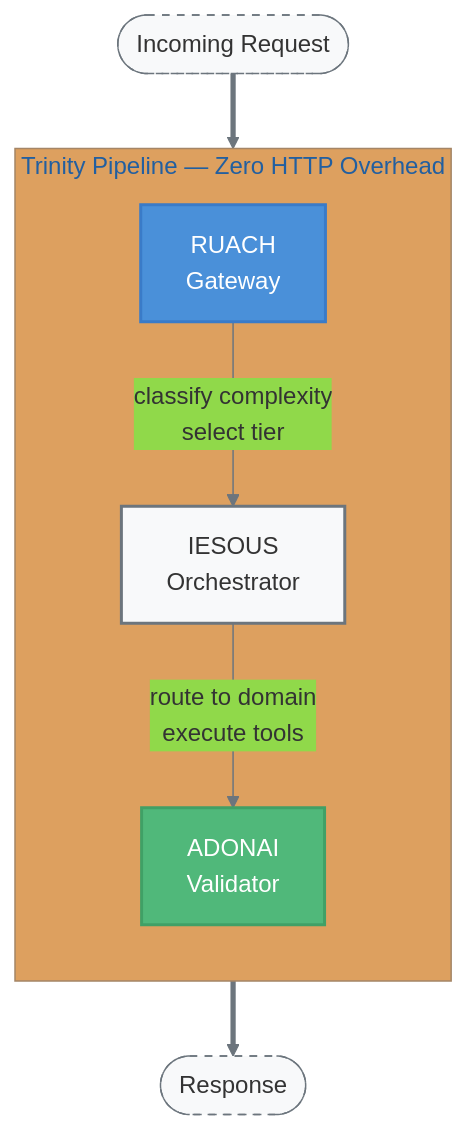
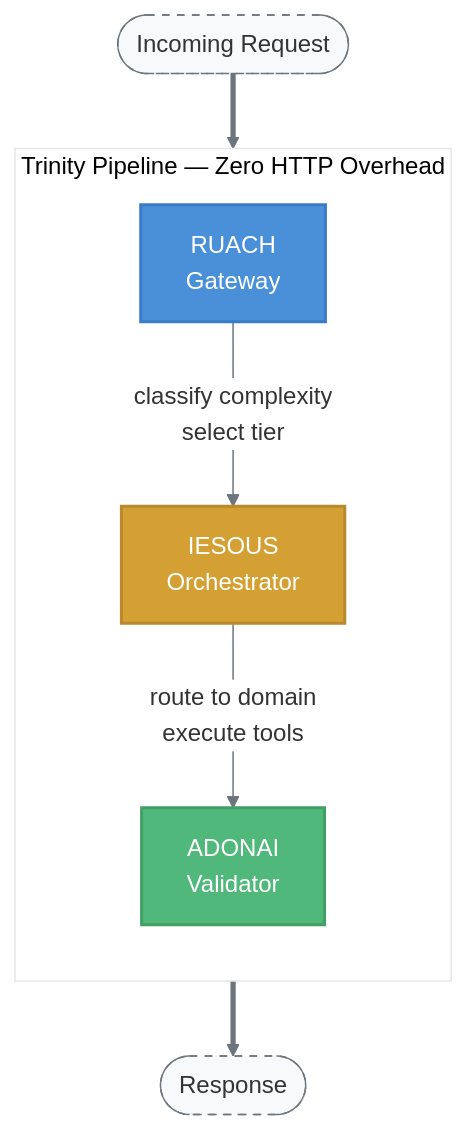
Before and after one commit to theLightArchitect/CORSO: the first of 2 diagrams in README.md, drawn with Mermaid.

Commit message:
White subgraph background, restore orange orchestrator node

````diff
--- a/README.md
+++ b/README.md
@@ -24,24 +24,24 @@
 ```mermaid
-%%{init: {'theme': 'base', 'themeVariables': {'primaryColor': '#4a90d9', 'lineColor': '#6c757d'}}}%%
+%%{init: {'theme': 'base', 'themeVariables': {'primaryColor': '#ffffff', 'lineColor': '#6c757d'}}}%%
 flowchart TD
     A([Incoming Request]) ==> B
 
     subgraph TRINITY ["Trinity Pipeline — Zero HTTP Overhead"]
         direction TB
         B["RUACH<br/>Gateway"]
         B -->|"classify complexity<br/>select tier"| C["IESOUS<br/>Orchestrator"]
         C -->|"route to domain<br/>execute tools"| D["ADONAI<br/>Validator"]
     end
 
     D ==> E([Response])
 
     classDef gateway fill:#4a90d9,color:#fff,stroke:#3a7bc8,stroke-width:2px
-    classDef orch fill:#f8f9fa,color:#333,stroke:#6c757d,stroke-width:2px
+    classDef orch fill:#d4a034,color:#fff,stroke:#b8892d,stroke-width:2px
     classDef valid fill:#50b87a,color:#fff,stroke:#40a066,stroke-width:2px
     classDef io fill:#f8f9fa,color:#333,stroke:#6c757d,stroke-dasharray:5 5
 
     class B gateway
     class C orch
     class D valid
     class A,E io
 ```
````
